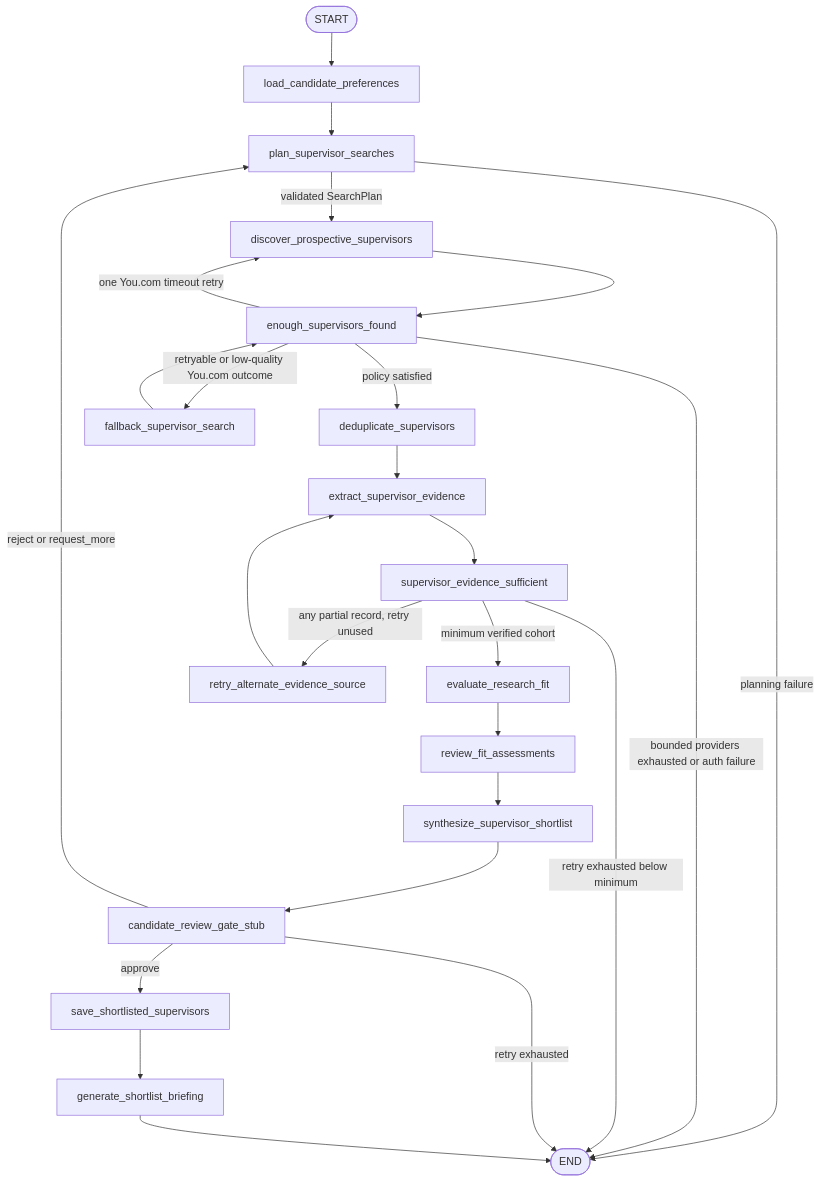
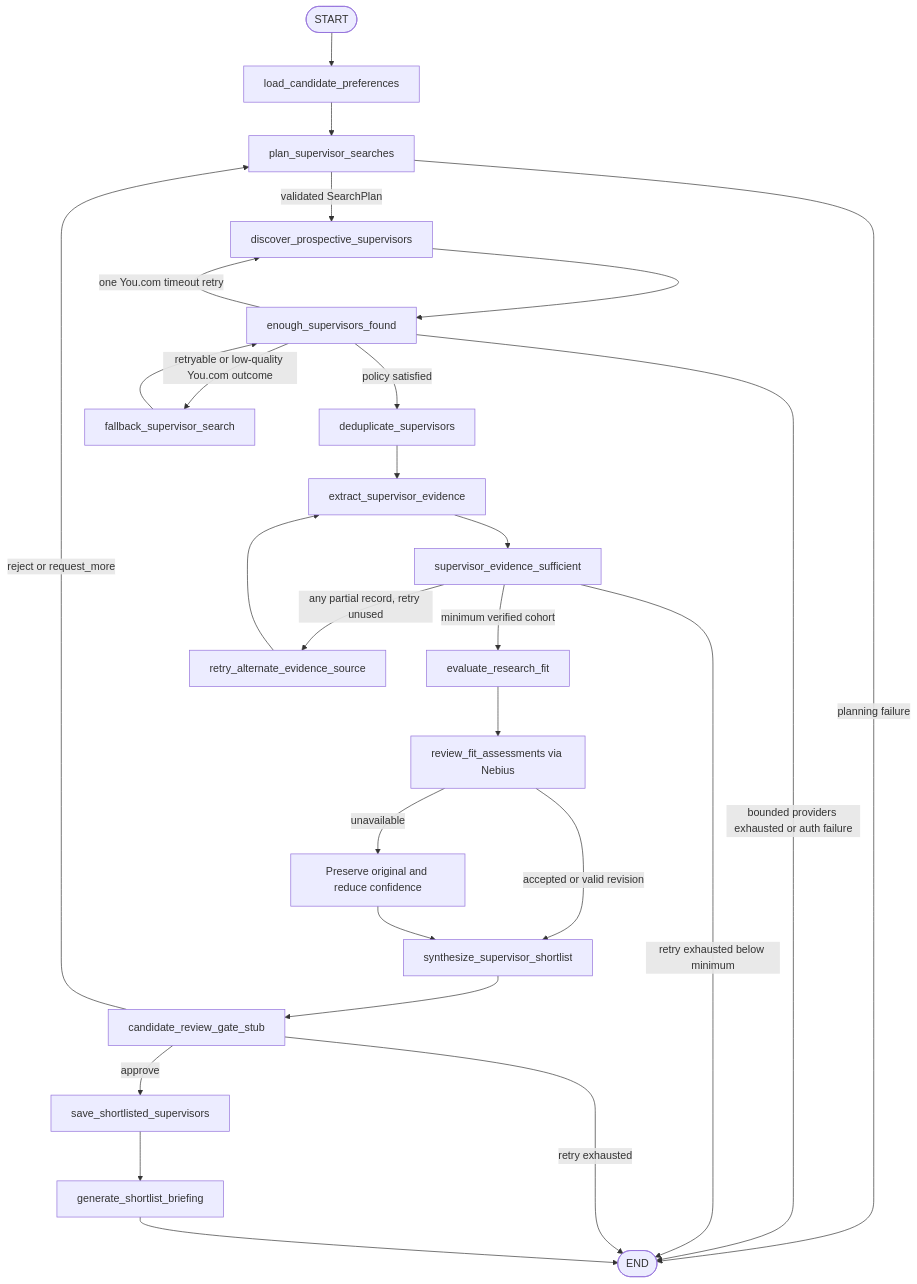
The second of 9 diagrams in projects/scholar-path/README.md (shanly-rajan/ai-builder), drawn with Mermaid before and after one commit. The commit also changed other lines of this file and 37 other files, not shown here.

Commit message:
feat: add Nebius independent Research Fit review

````diff
--- a/projects/scholar-path/README.md
+++ b/projects/scholar-path/README.md
@@ -83,27 +84,29 @@
 ```mermaid
 flowchart TD
     START([START]) --> Load[load_candidate_preferences]
     Load --> Plan[plan_supervisor_searches]
     Plan -->|validated SearchPlan| Discover[discover_prospective_supervisors]
     Plan -->|planning failure| END([END])
     Discover --> Found[enough_supervisors_found]
     Found -->|policy satisfied| Dedupe[deduplicate_supervisors]
     Found -->|retryable or low-quality You.com outcome| Fallback[fallback_supervisor_search]
     Found -->|one You.com timeout retry| Discover
     Found -->|bounded providers exhausted or auth failure| END
     Fallback --> Found
     Dedupe --> Extract[extract_supervisor_evidence]
     Extract --> Evidence[supervisor_evidence_sufficient]
     Evidence -->|minimum verified cohort| Evaluate[evaluate_research_fit]
     Evidence -->|any partial record, retry unused| Alternate[retry_alternate_evidence_source]
     Evidence -->|retry exhausted below minimum| END
     Alternate --> Extract
-    Evaluate --> Review[review_fit_assessments]
-    Review --> Synthesize[synthesize_supervisor_shortlist]
+    Evaluate --> Review[review_fit_assessments via Nebius]
+    Review -->|accepted or valid revision| Synthesize[synthesize_supervisor_shortlist]
+    Review -->|unavailable| Preserve[Preserve original and reduce confidence]
+    Preserve --> Synthesize
     Synthesize --> Gate[candidate_review_gate_stub]
     Gate -->|approve| Save[save_shortlisted_supervisors]
     Gate -->|reject or request_more| Plan
     Gate -->|retry exhausted| END
     Save --> Brief[generate_shortlist_briefing]
     Brief --> END
 ```
````
